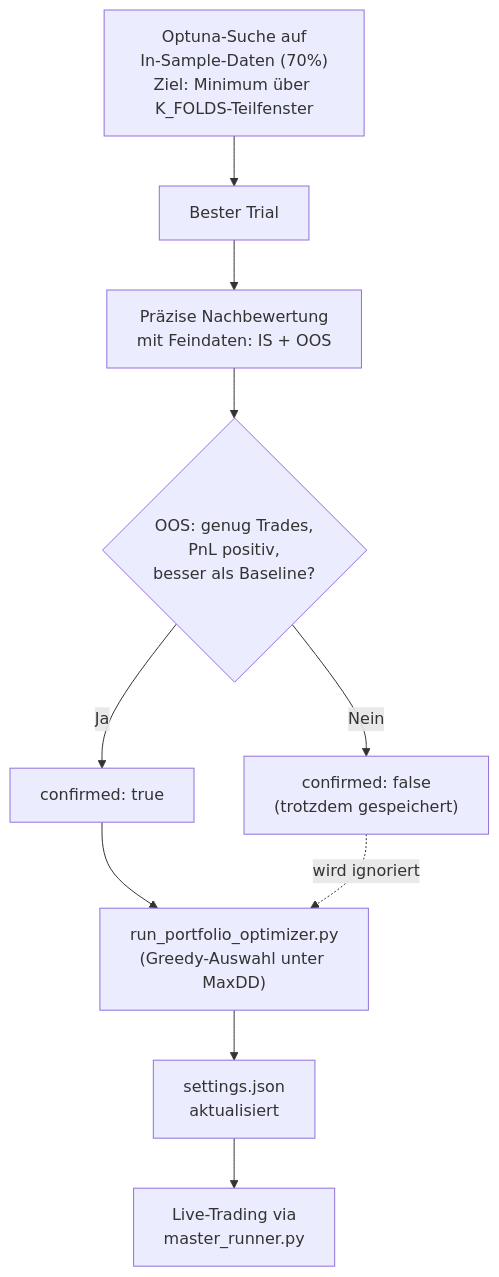
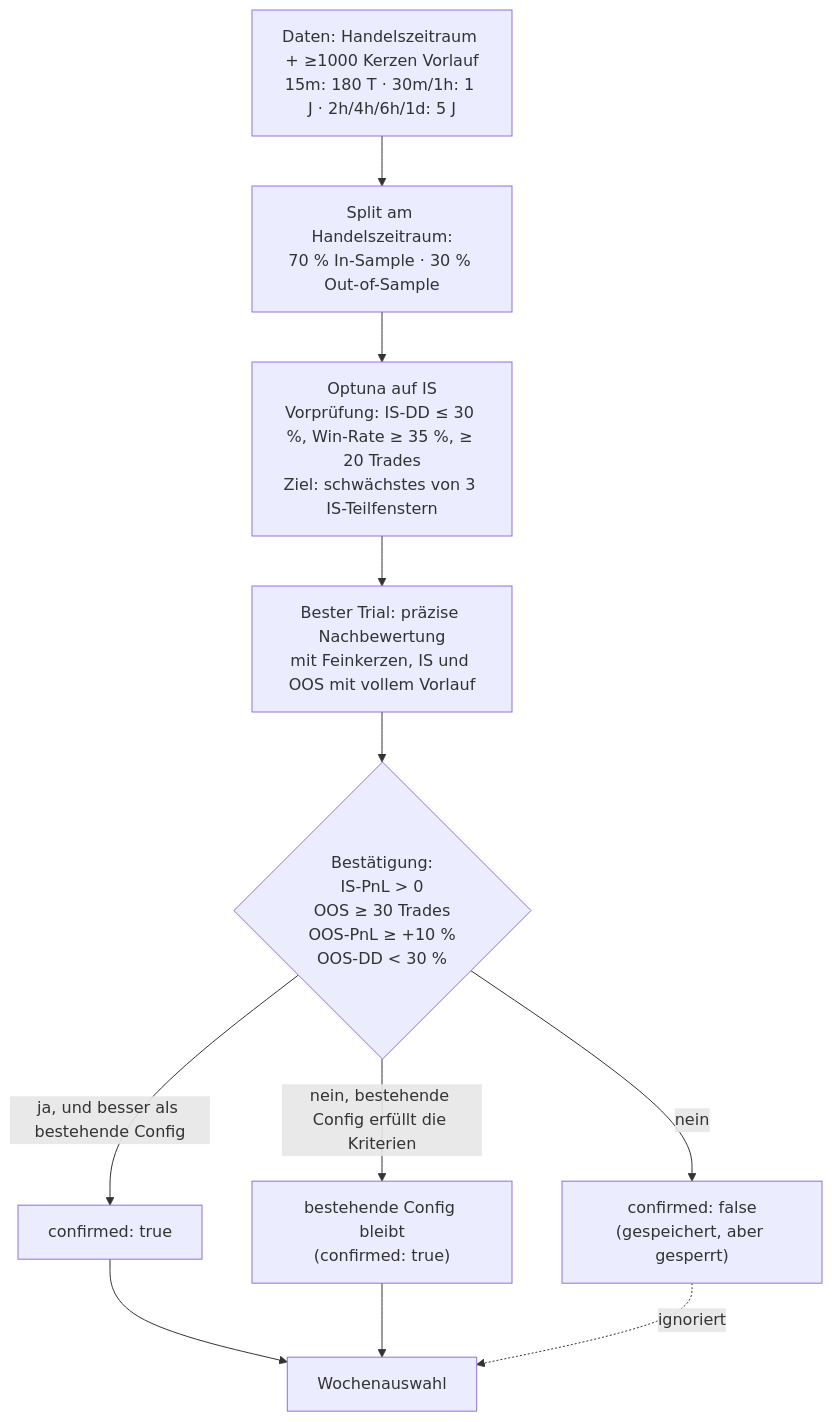
The third of 3 diagrams in README.md (Youra82/stbot), drawn with Mermaid before and after one commit. The commit also changed other lines of this file and 6 other files, not shown here.

First line of the commit message:
fix: Live handelt nur frische Signale; README mit Illustrationen aus echten Daten

````diff
--- a/README.md
+++ b/README.md
@@ -127,12 +128,13 @@
 ```mermaid
 flowchart TD
-    A["Optuna-Suche auf\nIn-Sample-Daten (70%)\nZiel: Minimum über K_FOLDS-Teilfenster"] --> B["Bester Trial"]
-    B --> C["Präzise Nachbewertung\nmit Feindaten: IS + OOS"]
-    C --> D{"OOS: genug Trades,\nPnL positiv,\nbesser als Baseline?"}
-    D -- Ja --> E["confirmed: true"]
-    D -- Nein --> F["confirmed: false\n(trotzdem gespeichert)"]
-    E --> G["run_portfolio_optimizer.py\n(Greedy-Auswahl unter MaxDD)"]
-    F -. "wird ignoriert" .-> G
-    G --> H["settings.json\naktualisiert"]
-    H --> I["Live-Trading via\nmaster_runner.py"]
+    A["Daten: Handelszeitraum + ≥1000 Kerzen Vorlauf<br/>15m: 180 T · 30m/1h: 1 J · 2h/4h/6h/1d: 5 J"] --> B["Split am Handelszeitraum:<br/>70 % In-Sample · 30 % Out-of-Sample"]
+    B --> C["Optuna auf IS<br/>Vorprüfung: IS-DD ≤ 30 %, Win-Rate ≥ 35 %, ≥ 20 Trades<br/>Ziel: schwächstes von 3 IS-Teilfenstern"]
+    C --> D["Bester Trial: präzise Nachbewertung<br/>mit Feinkerzen, IS und OOS mit vollem Vorlauf"]
+    D --> E{"Bestätigung:<br/>IS-PnL > 0<br/>OOS ≥ 30 Trades<br/>OOS-PnL ≥ +10 %<br/>OOS-DD < 30 %"}
+    E -- "ja, und besser als bestehende Config" --> F["confirmed: true"]
+    E -- "nein, bestehende Config erfüllt die Kriterien" --> G["bestehende Config bleibt<br/>(confirmed: true)"]
+    E -- nein --> H["confirmed: false<br/>(gespeichert, aber gesperrt)"]
+    F --> I["Wochenauswahl"]
+    G --> I
+    H -. "ignoriert" .-> I
 ```
````
